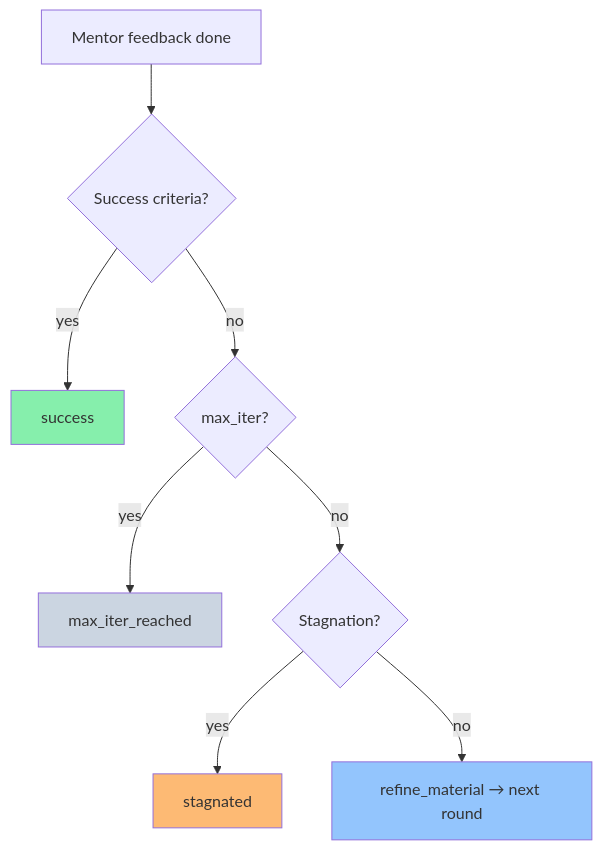
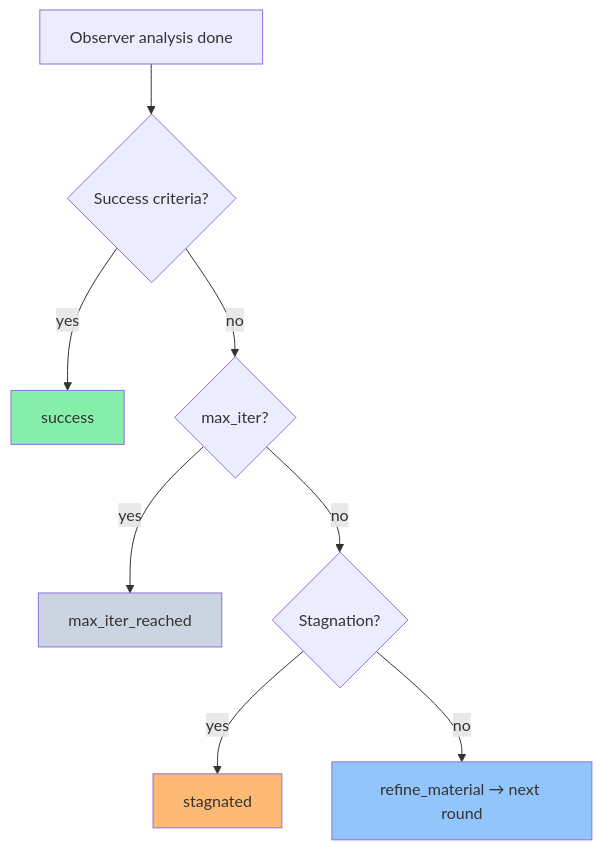
One commit to salted-butter-joshua/CogniForge changed the second of 2 diagrams in learn-loop/README.md. Above: the diagram before and after it, drawn with Mermaid. The commit also changed other lines of this file and 54 other files, not shown here.

````diff
--- a/learn-loop/README.md
+++ b/learn-loop/README.md
@@ -239,15 +324,15 @@
 ```mermaid
 flowchart TD
-    A[Mentor feedback done] --> B{Success criteria?}
+    A[Observer analysis done] --> B{Success criteria?}
     B -->|yes| S[success]
     B -->|no| C{max_iter?}
     C -->|yes| M[max_iter_reached]
     C -->|no| D{Stagnation?}
     D -->|yes| T[stagnated]
     D -->|no| R[refine_material → next round]
 
     style S fill:#86efac
     style T fill:#fdba74
     style M fill:#cbd5e1
     style R fill:#93c5fd
 ```
````
